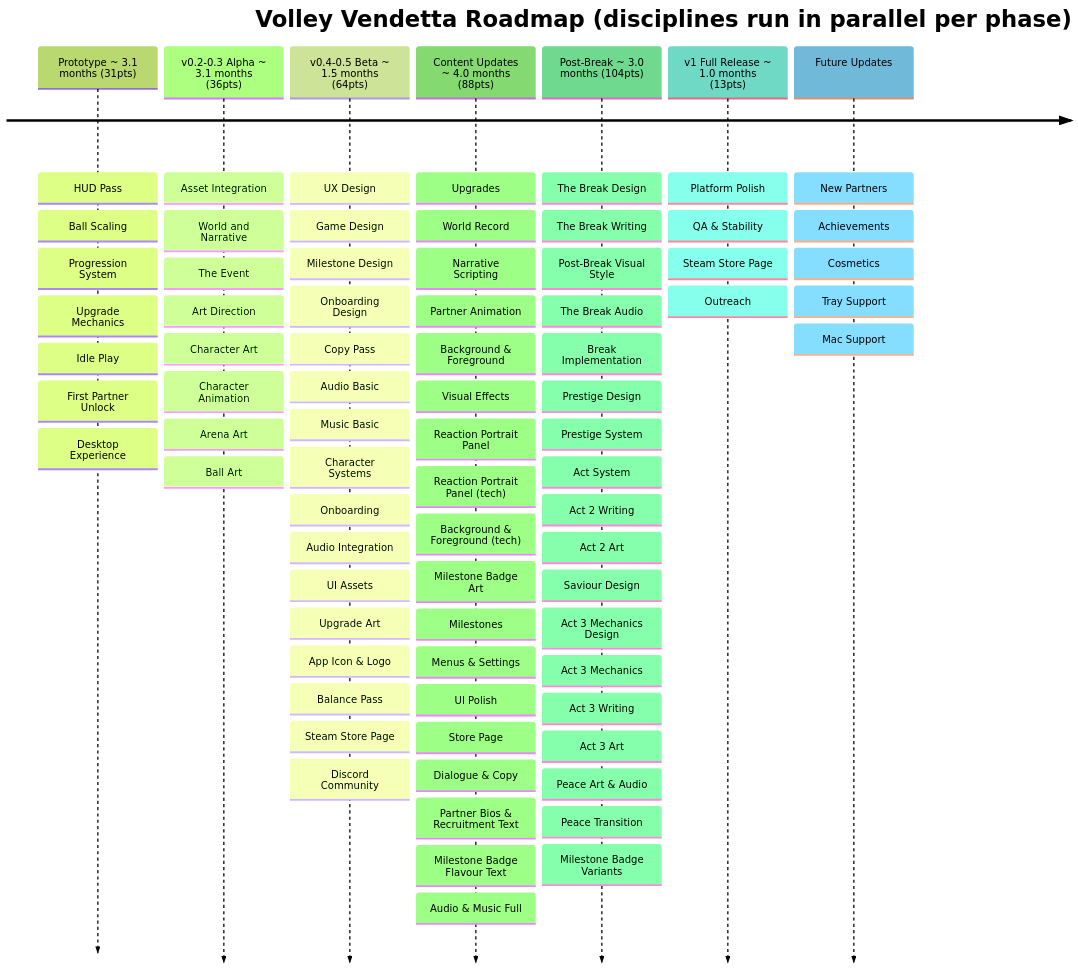
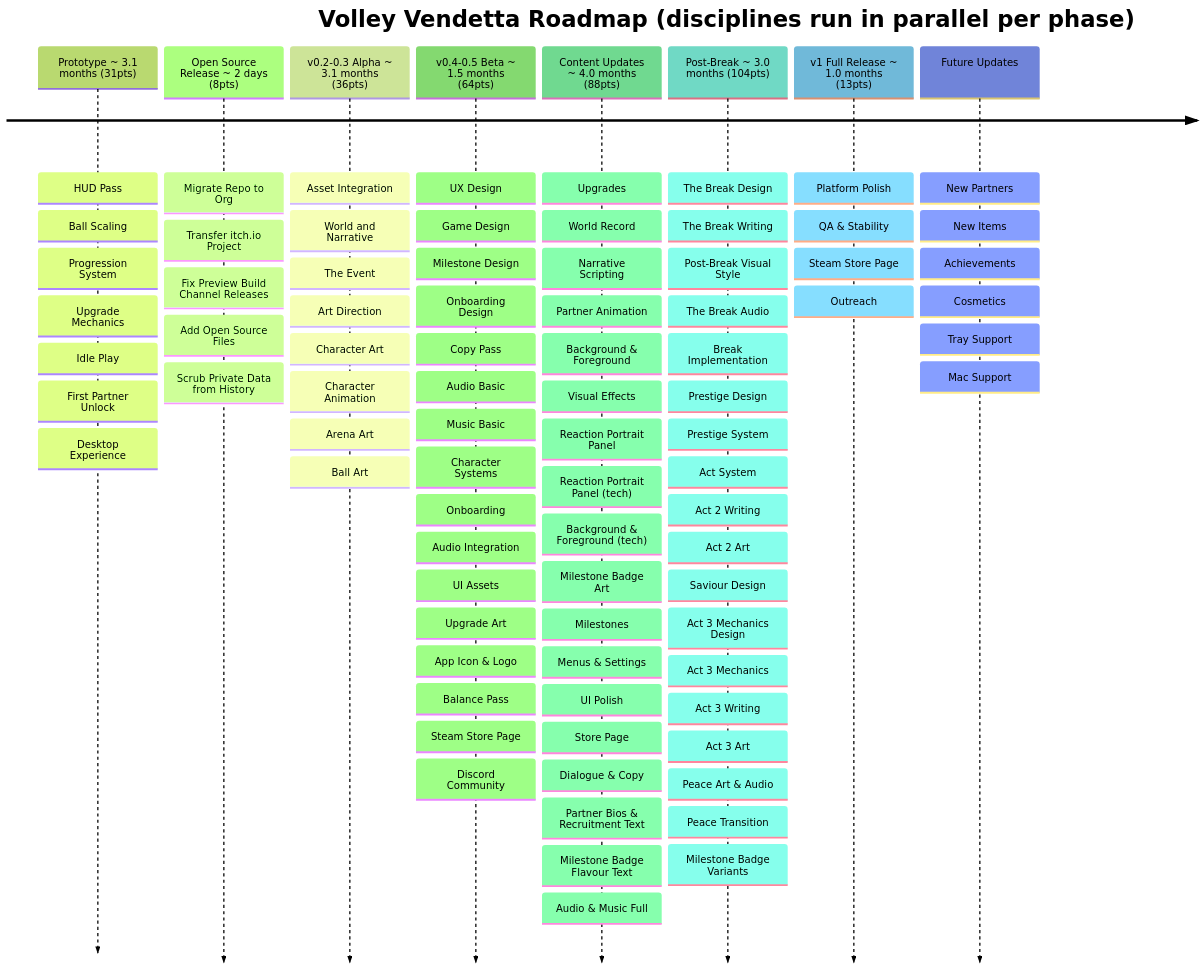
Before and after one commit to J-Melon/volley-vendetta: the diagram in designs/roadmap.md, drawn with Mermaid (forest theme). The commit also changed other lines of this file and 8 other files, not shown here.

```diff
--- a/designs/roadmap.md
+++ b/designs/roadmap.md
@@ -12,6 +12,13 @@
         : Idle Play
         : First Partner Unlock
         : Desktop Experience
+
+    Open Source Release ~ 2 days (8pts)
+        : Migrate Repo to Org
+        : Transfer itch.io Project
+        : Fix Preview Build Channel Releases
+        : Add Open Source Files
+        : Scrub Private Data from History
 
     v0.2-0.3 Alpha ~ 3.1 months (36pts)
         : Asset Integration
@@ -89,6 +96,7 @@
 
     Future Updates
         : New Partners
+        : New Items
         : Achievements
         : Cosmetics
         : Tray Support
```
